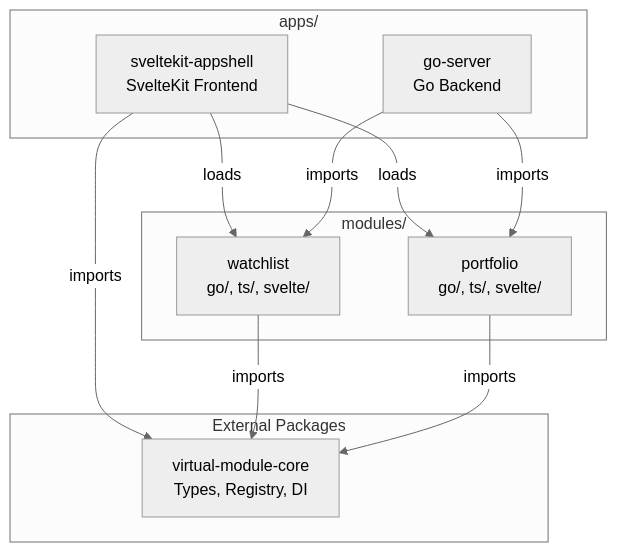
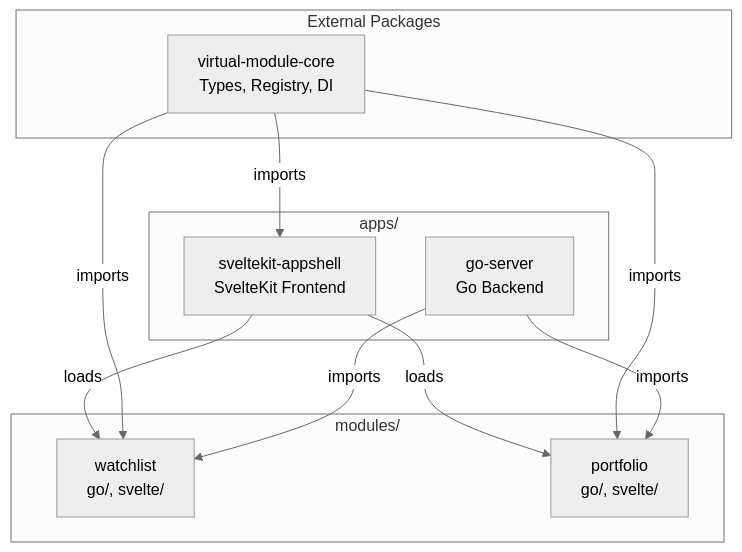
One commit to reidlai/virtual-module-core changed the first of 2 diagrams in docs/APPSHELL-ARCHITECTURE.md. Above: the diagram before and after it, drawn with Mermaid (neutral theme). The commit also changed other lines of this file and 3 other files, not shown here.

````diff
--- a/docs/APPSHELL-ARCHITECTURE.md
+++ b/docs/APPSHELL-ARCHITECTURE.md
@@ -13,24 +13,24 @@
 ```mermaid
 flowchart TD
     subgraph Apps["apps/"]
         SV[sveltekit-appshell<br/>SvelteKit Frontend]
         TA[go-server<br/>Go Backend]
     end
 
     subgraph Modules["modules/"]
-        WL[watchlist<br/>go/, ts/, svelte/]
-        PF[portfolio<br/>go/, ts/, svelte/]
+        WL[watchlist<br/>go/, svelte/]
+        PF[portfolio<br/>go/, svelte/]
     end
 
     subgraph External["External Packages"]
         Core[virtual-module-core<br/>Types, Registry, DI]
     end
 
-    SV -->|imports| Core
+    Core -->|imports| SV
     SV -->|loads| WL
     SV -->|loads| PF
-    WL --> |imports| Core
-    PF --> |imports| Core
+    Core --> |imports| WL
+    Core --> |imports| PF
     TA -->|imports| WL
     TA -->|imports| PF
 ```
````
